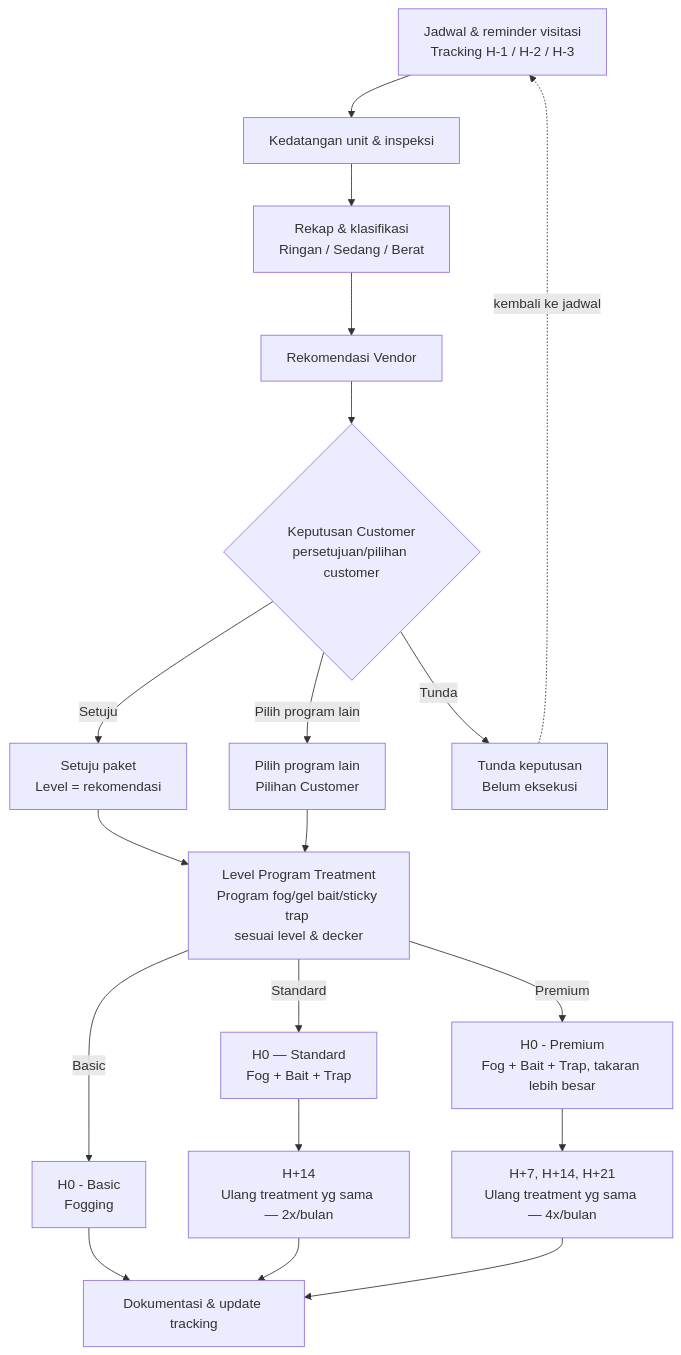
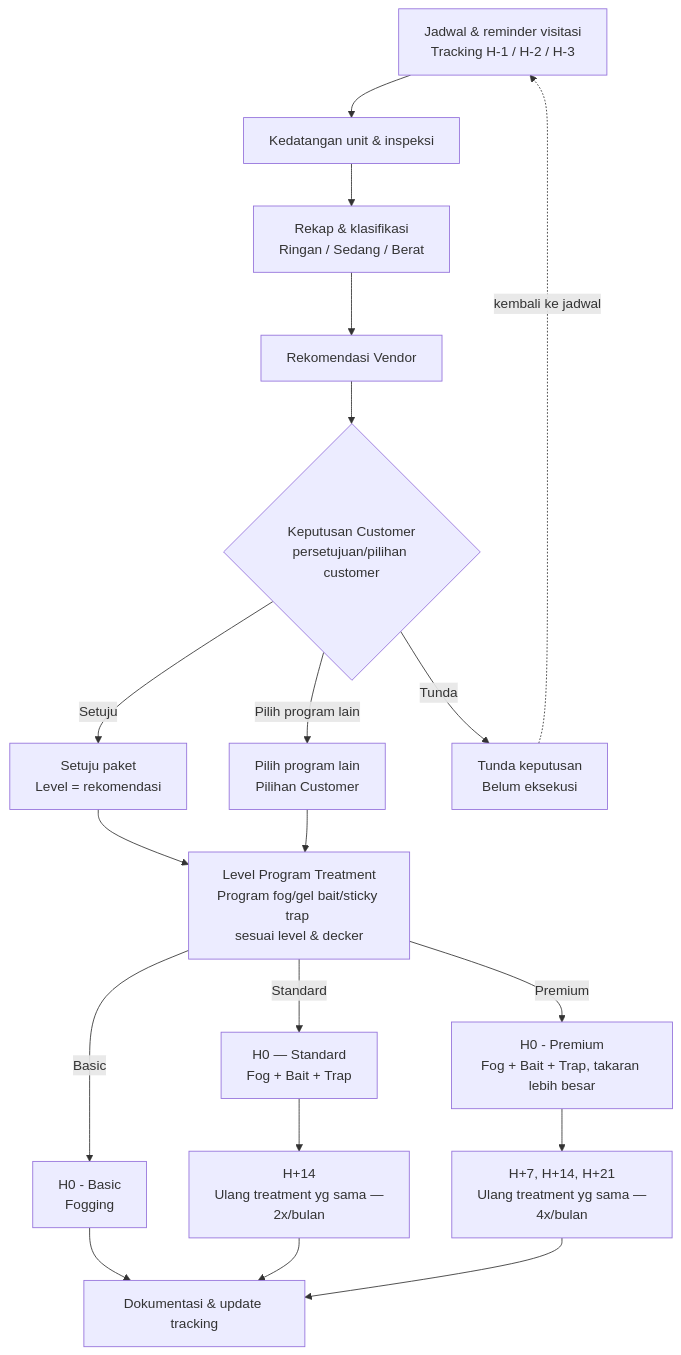
The first of 2 diagrams in README.md (Vanialive/WorkflowBugHunter), drawn with Mermaid before and after one commit.

````diff
--- a/README.md
+++ b/README.md
@@ -8,22 +8,22 @@
 ```mermaid
 flowchart TD
     A["Jadwal & reminder visitasi<br/>Tracking H-1 / H-2 / H-3"] --> B["Kedatangan unit & inspeksi"]
     B --> C["Rekap & klasifikasi<br/>Ringan / Sedang / Berat"]
     C --> D["Rekomendasi Vendor"]
     D --> E{"Keputusan Customer<br>persetujuan/pilihan customer"}
     E -->|Setuju| F["Setuju paket<br/>Level = rekomendasi"]
     E -->|Pilih program lain| G["Pilih program lain<br/>Pilihan Customer"]
     E -->|Tunda| H["Tunda keputusan<br/>Belum eksekusi"]
     H -.kembali ke jadwal.-> A
     F --> I["Level Program Treatment<br/>Program fog/gel bait/sticky trap <br>sesuai level & decker"]
     G --> I
     I --> |Basic| J1["H0 - Basic<br/> Fogging"]
     I --> |Standard| J2["H0 — Standard<br/>Fog + Bait + Trap"]
     I --> |Premium| J3["H0 - Premium<br>Fog + Bait + Trap, takaran lebih besar"]
     J1 --> M["Dokumentasi & update tracking"]
-    J2 --> K1["H+14<br/>Ulang treatment yg sama — 2x/bulan"]
-    J3 --> K2["H+7, H+14, H+21<br/>Ulang treatment yg sama — 4x/bulan"]
+    J2 --> K1["H+14<br/>Ulang treatment yg sama — <br>2x/bulan"]
+    J3 --> K2["H+7, H+14, H+21<br/>Ulang treatment yg sama — <br>4x/bulan"]
     K1 --> M
     K2 --> M
 
 ```
````
